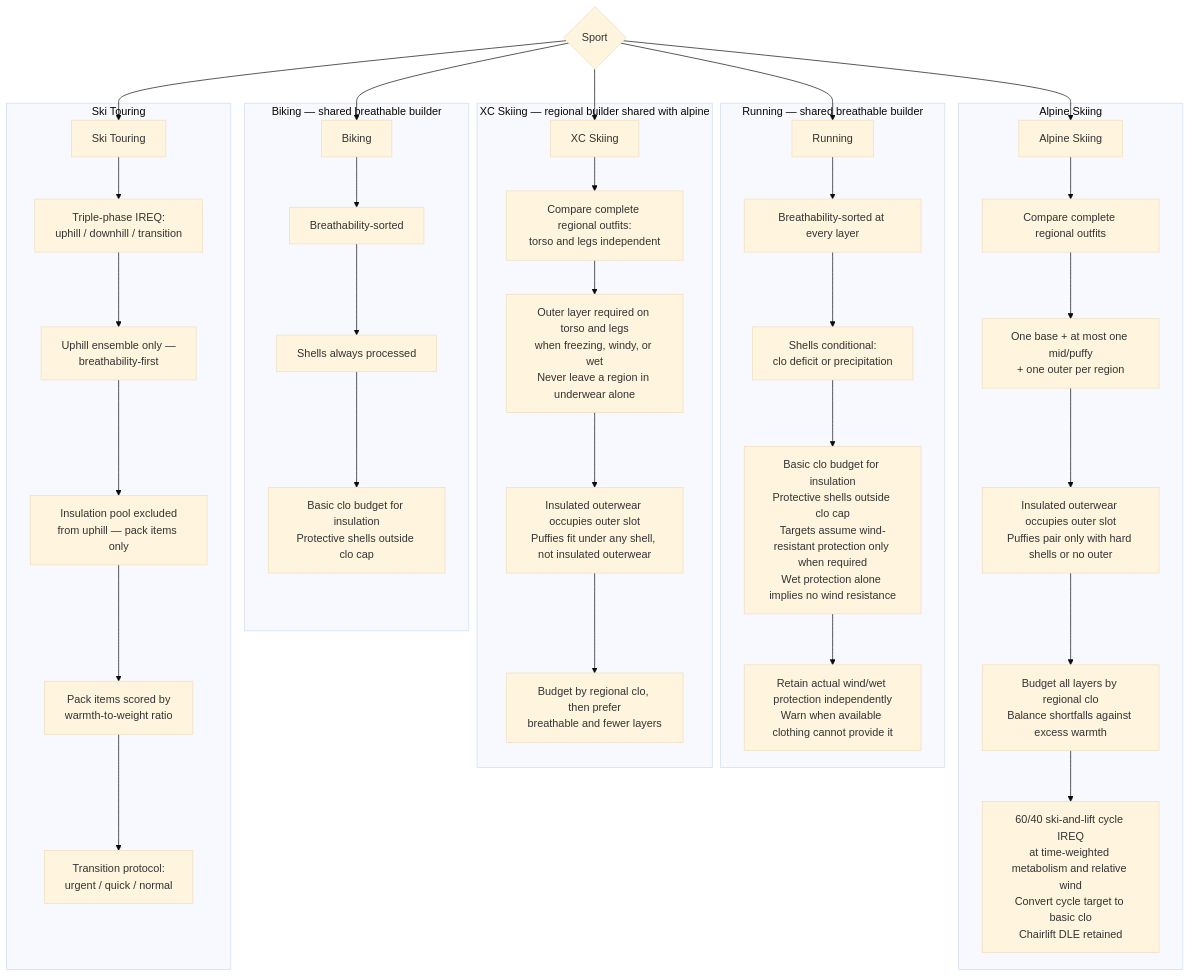
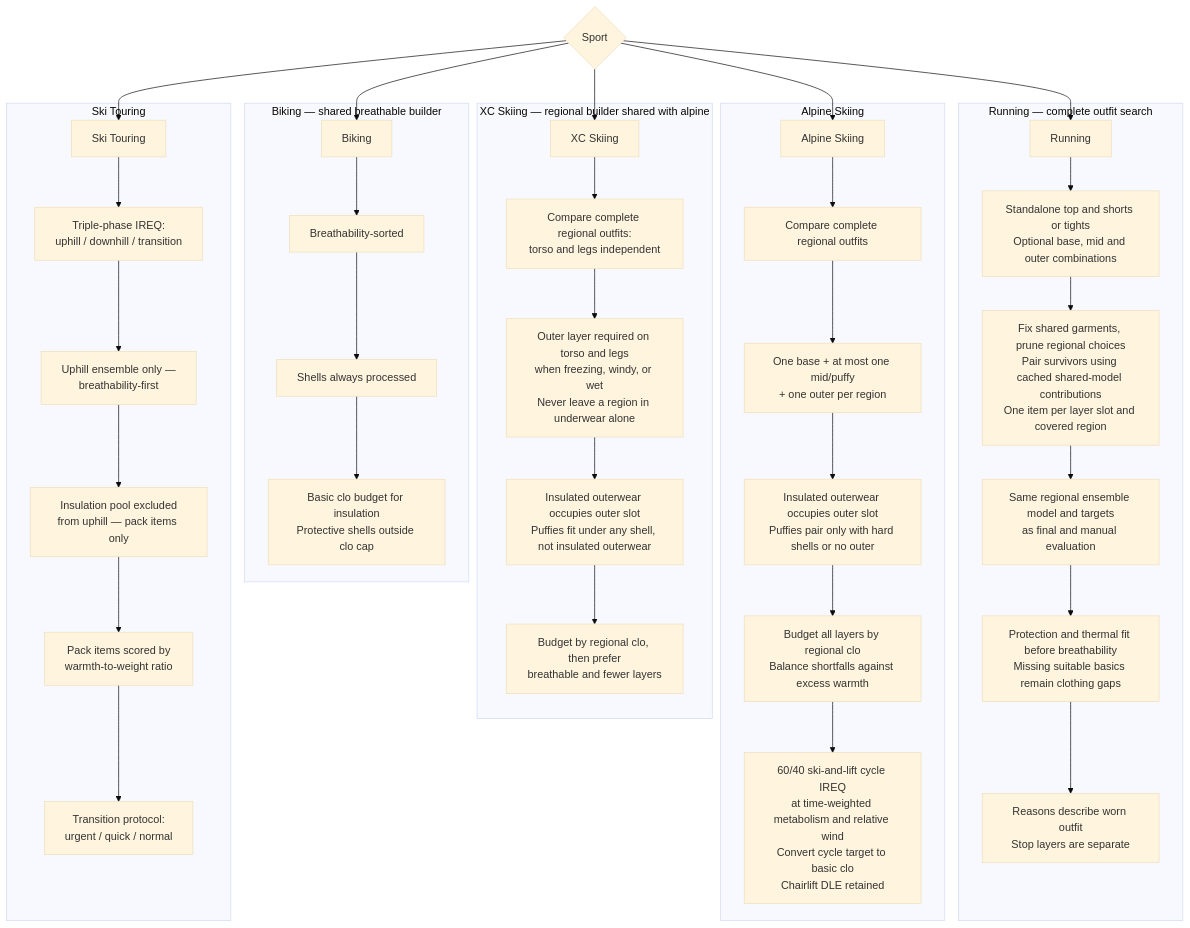
The fourth of 7 diagrams in README.md (derobertsw/swttr), drawn with Mermaid (base theme) before and after one commit. The commit also changed other lines of this file and 11 other files, not shown here.

Commit message:
Select complete running outfits without mandatory thermal bases (#247) (#349)

````diff
--- a/README.md
+++ b/README.md
@@ -177,44 +184,45 @@
 ```mermaid
 graph TD
     SPORT{Sport} --> RUN[Running]
     SPORT --> BIKE[Biking]
     SPORT --> ALP[Alpine Skiing]
     SPORT --> XC[XC Skiing]
     SPORT --> TOUR[Ski Touring]
 
-    subgraph "Running — shared breathable builder"
-        RUN --> R1[Breathability-sorted at every layer]
-        R1 --> R2[Shells conditional:<br/>clo deficit or precipitation]
-        R2 --> R3[Basic clo budget for insulation<br/>Protective shells outside clo cap<br/>Targets assume wind-resistant protection only when required<br/>Wet protection alone implies no wind resistance]
-        R3 --> R4[Retain actual wind/wet protection independently<br/>Warn when available clothing cannot provide it]
+    subgraph "Running — complete outfit search"
+        RUN --> R1[Standalone top and shorts or tights<br/>Optional base, mid and outer combinations]
+        R1 --> R2[Fix shared garments, prune regional choices<br/>Pair survivors using cached shared-model contributions<br/>One item per layer slot and covered region]
+        R2 --> R3[Same regional ensemble model and targets<br/>as final and manual evaluation]
+        R3 --> R4[Protection and thermal fit before breathability<br/>Missing suitable basics remain clothing gaps]
+        R4 --> R5[Reasons describe worn outfit<br/>Stop layers are separate]
     end
 
     subgraph "Biking — shared breathable builder"
         BIKE --> B1[Breathability-sorted]
         B1 --> B2[Shells always processed]
         B2 --> B3[Basic clo budget for insulation<br/>Protective shells outside clo cap]
     end
 
     subgraph "Alpine Skiing"
         ALP --> A1[Compare complete regional outfits]
         A1 --> A2[One base + at most one mid/puffy<br/>+ one outer per region]
         A2 --> A3[Insulated outerwear occupies outer slot<br/>Puffies pair only with hard shells or no outer]
         A3 --> A4[Budget all layers by regional clo<br/>Balance shortfalls against excess warmth]
         A4 --> A5[60/40 ski-and-lift cycle IREQ<br/>at time-weighted metabolism and relative wind<br/>Convert cycle target to basic clo<br/>Chairlift DLE retained]
     end
 
     subgraph "XC Skiing — regional builder shared with alpine"
         XC --> X1[Compare complete regional outfits:<br/>torso and legs independent]
         X1 --> X2[Outer layer required on torso and legs<br/>when freezing, windy, or wet<br/>Never leave a region in underwear alone]
         X2 --> X3[Insulated outerwear occupies outer slot<br/>Puffies fit under any shell, not insulated outerwear]
         X3 --> X4[Budget by regional clo, then prefer<br/>breathable and fewer layers]
     end
 
     subgraph "Ski Touring"
         TOUR --> T1a[Triple-phase IREQ:<br/>uphill / downhill / transition]
         T1a --> T2a[Uphill ensemble only —<br/>breathability-first]
         T2a --> T3a[Insulation pool excluded<br/>from uphill — pack items only]
         T3a --> T4a[Pack items scored by<br/>warmth-to-weight ratio]
         T4a --> T5a[Transition protocol:<br/>urgent / quick / normal]
     end
 ```
````
